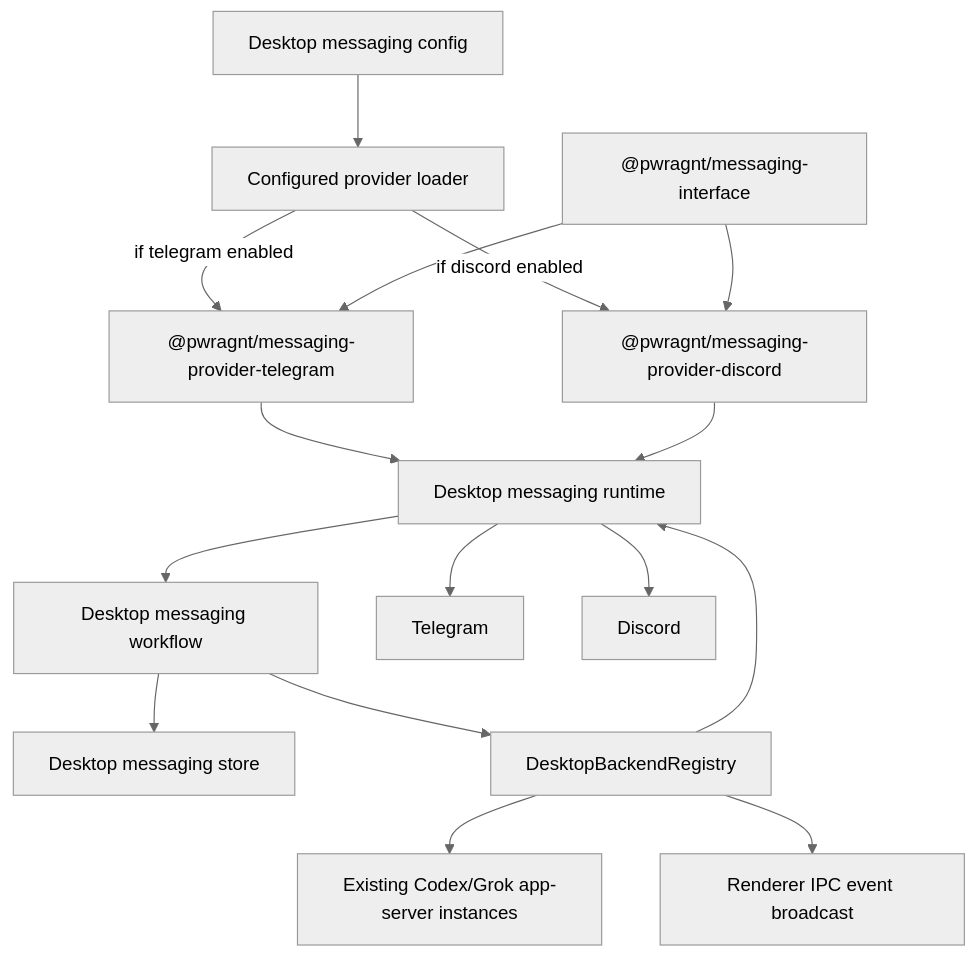
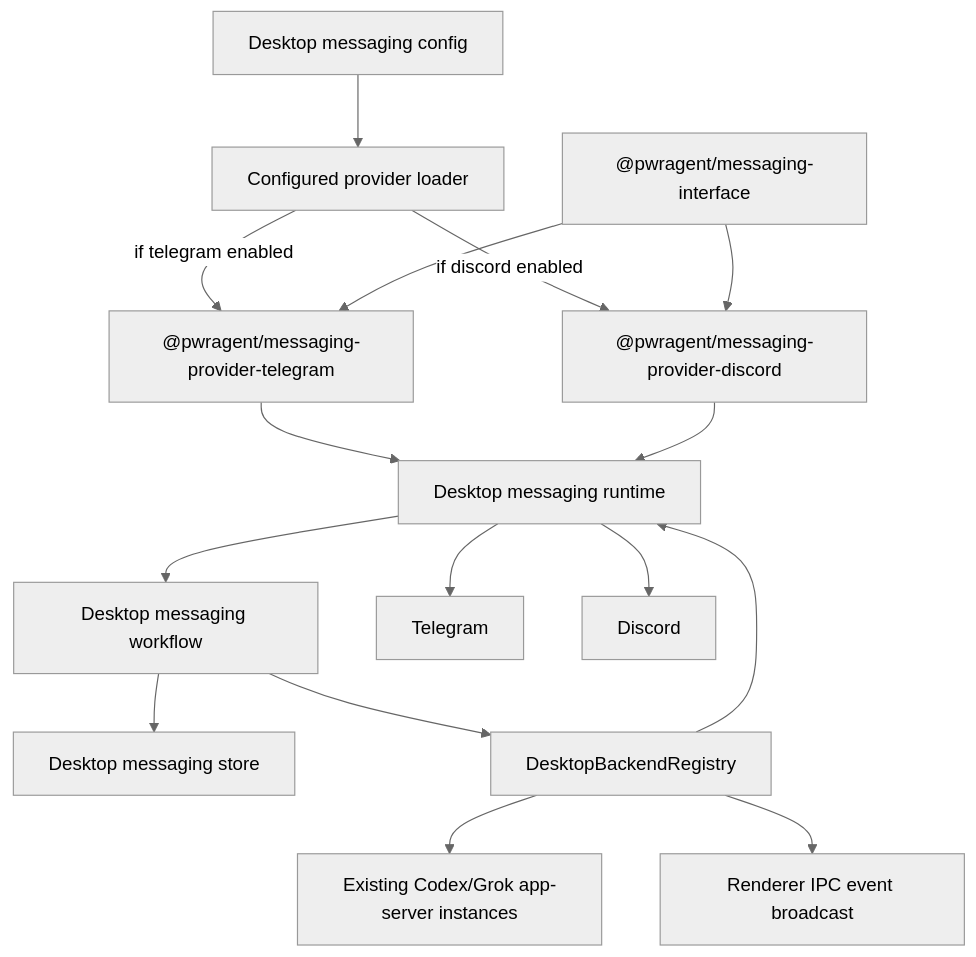
Before and after one commit to pwrdrvr/PwrAgent: the first of 3 diagrams in docs/plans/2026-04-30-003-refactor-desktop-hosted-messaging-plan.md, drawn with Mermaid (neutral theme). The commit also changed other lines of this file and 346 other files, not shown here.

````diff
--- a/docs/plans/2026-04-30-003-refactor-desktop-hosted-messaging-plan.md
+++ b/docs/plans/2026-04-30-003-refactor-desktop-hosted-messaging-plan.md
@@ -122,18 +122,18 @@
 ```mermaid
 flowchart TB
     Config["Desktop messaging config"] --> Loader["Configured provider loader"]
-    Loader -->|if telegram enabled| TelegramPkg["@pwragnt/messaging-provider-telegram"]
-    Loader -->|if discord enabled| DiscordPkg["@pwragnt/messaging-provider-discord"]
-    Interface["@pwragnt/messaging-interface"] --> TelegramPkg
+    Loader -->|if telegram enabled| TelegramPkg["@pwragent/messaging-provider-telegram"]
+    Loader -->|if discord enabled| DiscordPkg["@pwragent/messaging-provider-discord"]
+    Interface["@pwragent/messaging-interface"] --> TelegramPkg
     Interface --> DiscordPkg
     TelegramPkg --> Runtime["Desktop messaging runtime"]
     DiscordPkg --> Runtime
     Runtime --> Workflow["Desktop messaging workflow"]
     Workflow --> Store["Desktop messaging store"]
     Workflow --> Registry["DesktopBackendRegistry"]
     Registry --> Backends["Existing Codex/Grok app-server instances"]
     Registry --> RendererIPC["Renderer IPC event broadcast"]
     Registry --> Runtime
     Runtime --> Telegram
     Runtime --> Discord
 ```
````
